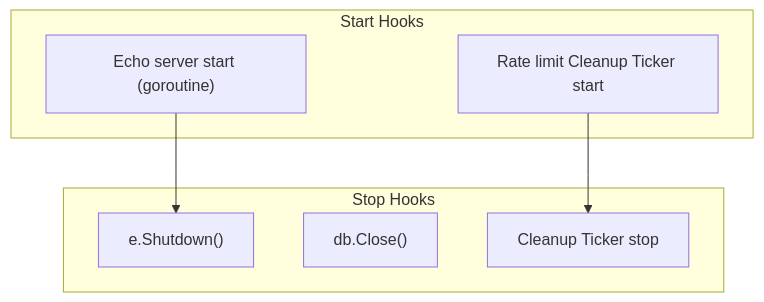
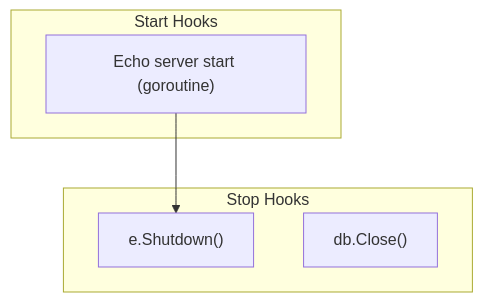
One commit to Tomy-ch/go-boilerplate changed the diagram in internal/di/server/hook/README.md. Above: the diagram before and after it, drawn with Mermaid. The commit also changed other lines of this file and 49 other files, not shown here.

````diff
--- a/internal/di/server/hook/README.md
+++ b/internal/di/server/hook/README.md
@@ -17,17 +16,14 @@
 ```mermaid
 flowchart TB
     subgraph "Start Hooks"
         HTTP["Echo server start (goroutine)"]
-        RL["Rate limit Cleanup Ticker start"]
     end
 
     subgraph "Stop Hooks"
         Shutdown["e.Shutdown()"]
         DBClose["db.Close()"]
-        RLStop["Cleanup Ticker stop"]
     end
 
     HTTP --> Shutdown
-    RL --> RLStop
     DBClose
 ```
````
